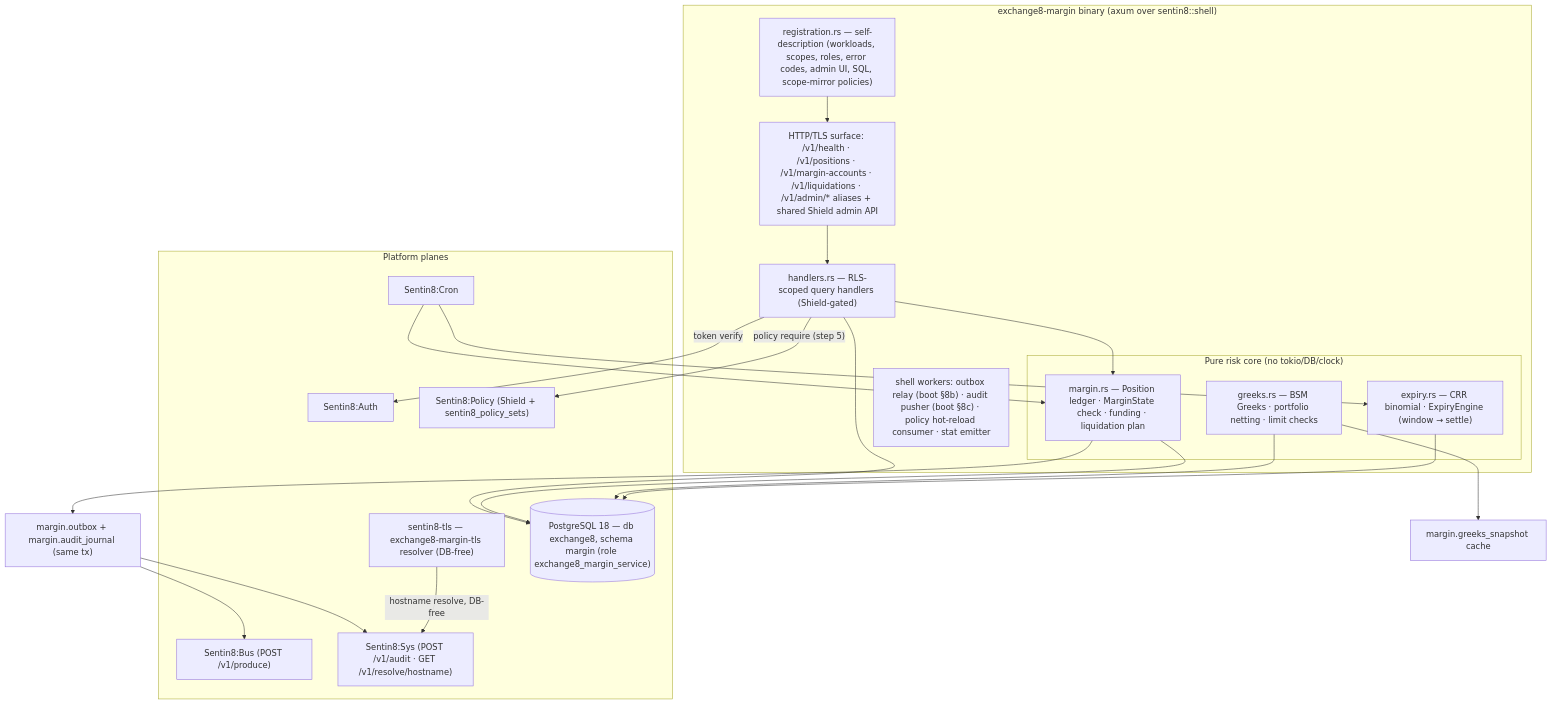
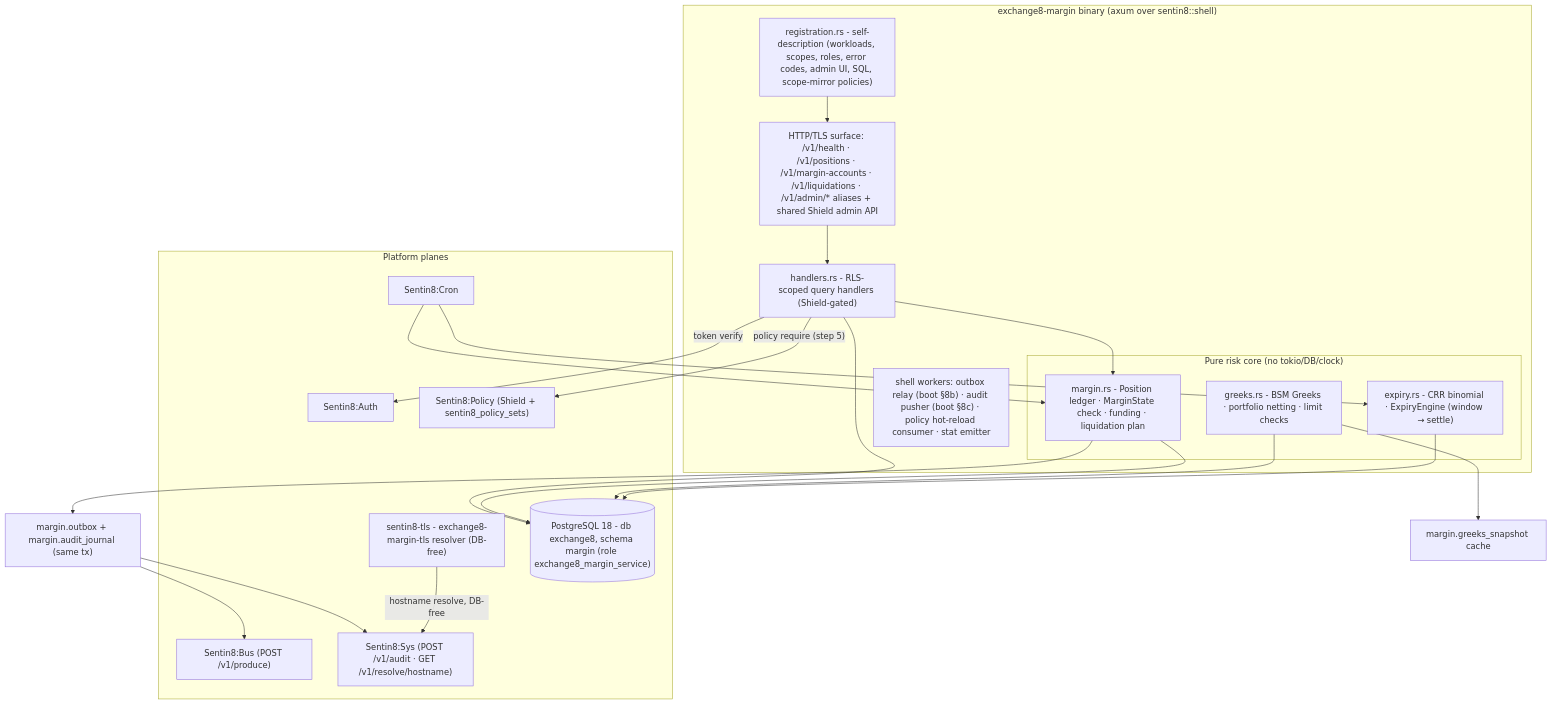
The second of 17 diagrams in DESIGN.md (Exchange8-dev/exchange8-margin), drawn with Mermaid before and after one commit. The commit also changed other lines of this file and 19 other files, not shown here.

````diff
--- a/DESIGN.md
+++ b/DESIGN.md
@@ -64,39 +64,39 @@
 ```mermaid
 graph TD
     subgraph MGProc["exchange8-margin binary (axum over sentin8::shell)"]
         HTTP["HTTP/TLS surface: /v1/health · /v1/positions · /v1/margin-accounts · /v1/liquidations · /v1/admin/* aliases + shared Shield admin API"]
-        REG_M["registration.rs — self-description (workloads, scopes, roles, error codes, admin UI, SQL, scope-mirror policies)"]
+        REG_M["registration.rs - self-description (workloads, scopes, roles, error codes, admin UI, SQL, scope-mirror policies)"]
         subgraph Core["Pure risk core (no tokio/DB/clock)"]
-            MARGIN["margin.rs — Position ledger · MarginState check · funding · liquidation plan"]
-            GREEKS["greeks.rs — BSM Greeks · portfolio netting · limit checks"]
-            EXPIRY["expiry.rs — CRR binomial · ExpiryEngine (window → settle)"]
+            MARGIN["margin.rs - Position ledger · MarginState check · funding · liquidation plan"]
+            GREEKS["greeks.rs - BSM Greeks · portfolio netting · limit checks"]
+            EXPIRY["expiry.rs - CRR binomial · ExpiryEngine (window → settle)"]
         end
-        HANDLERS["handlers.rs — RLS-scoped query handlers (Shield-gated)"]
+        HANDLERS["handlers.rs - RLS-scoped query handlers (Shield-gated)"]
         SHELLW["shell workers: outbox relay (boot §8b) · audit pusher (boot §8c) · policy hot-reload consumer · stat emitter"]
     end
     subgraph Planes["Platform planes"]
         AUTH2["Sentin8:Auth"]
         POLICY["Sentin8:Policy (Shield + sentin8_policy_sets)"]
         BUS2["Sentin8:Bus (POST /v1/produce)"]
         SYS2["Sentin8:Sys (POST /v1/audit · GET /v1/resolve/hostname)"]
         CRON2["Sentin8:Cron"]
-        TLS2["sentin8-tls — exchange8-margin-tls resolver (DB-free)"]
-        DBP[("PostgreSQL 18 — db exchange8, schema margin (role exchange8_margin_service)")]
+        TLS2["sentin8-tls - exchange8-margin-tls resolver (DB-free)"]
+        DBP[("PostgreSQL 18 - db exchange8, schema margin (role exchange8_margin_service)")]
     end
     HTTP --> HANDLERS
     HANDLERS --> MARGIN
     HANDLERS --> DBP
     REG_M --> HTTP
     MARGIN --> DBP
     GREEKS --> DBP
     EXPIRY --> DBP
     MARGIN --> DBX1["margin.outbox + margin.audit_journal (same tx)"]
     DBX1 --> BUS2
     DBX1 --> SYS2
     HANDLERS -- "token verify" --> AUTH2
     HANDLERS -- "policy require (step 5)" --> POLICY
     CRON2 --> MARGIN
     CRON2 --> EXPIRY
     GREEKS --> GSNAP["margin.greeks_snapshot cache"]
     TLS2 -- "hostname resolve, DB-free" --> SYS2
 ```
````
